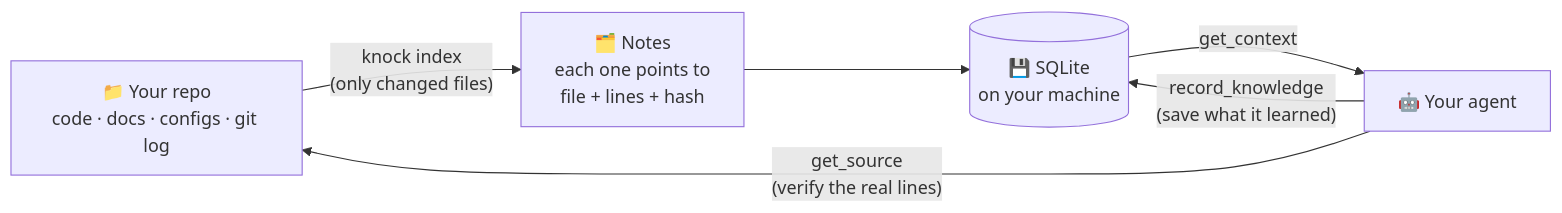
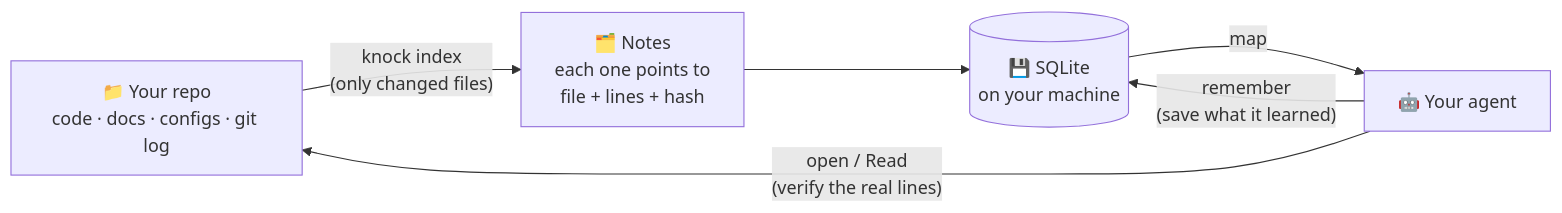
The diagram in README.md (HasanGilani/knock), drawn with Mermaid before and after one commit. The commit also changed other lines of this file and 2 other files, not shown here.

First line of the commit message:
README: side-by-side Saleor hero, recommend the measured map toolset

````diff
--- a/README.md
+++ b/README.md
@@ -119,8 +123,8 @@
 ```mermaid
 flowchart LR
     A["📁 Your repo<br/>code · docs · configs · git log"] -->|"knock index<br/>(only changed files)"| B["🗂️ Notes<br/>each one points to<br/>file + lines + hash"]
     B --> C[("💾 SQLite<br/>on your machine")]
-    C -->|"get_context"| D["🤖 Your agent"]
-    D -->|"get_source<br/>(verify the real lines)"| A
-    D -->|"record_knowledge<br/>(save what it learned)"| C
+    C -->|"map"| D["🤖 Your agent"]
+    D -->|"open / Read<br/>(verify the real lines)"| A
+    D -->|"remember<br/>(save what it learned)"| C
 ```
````
